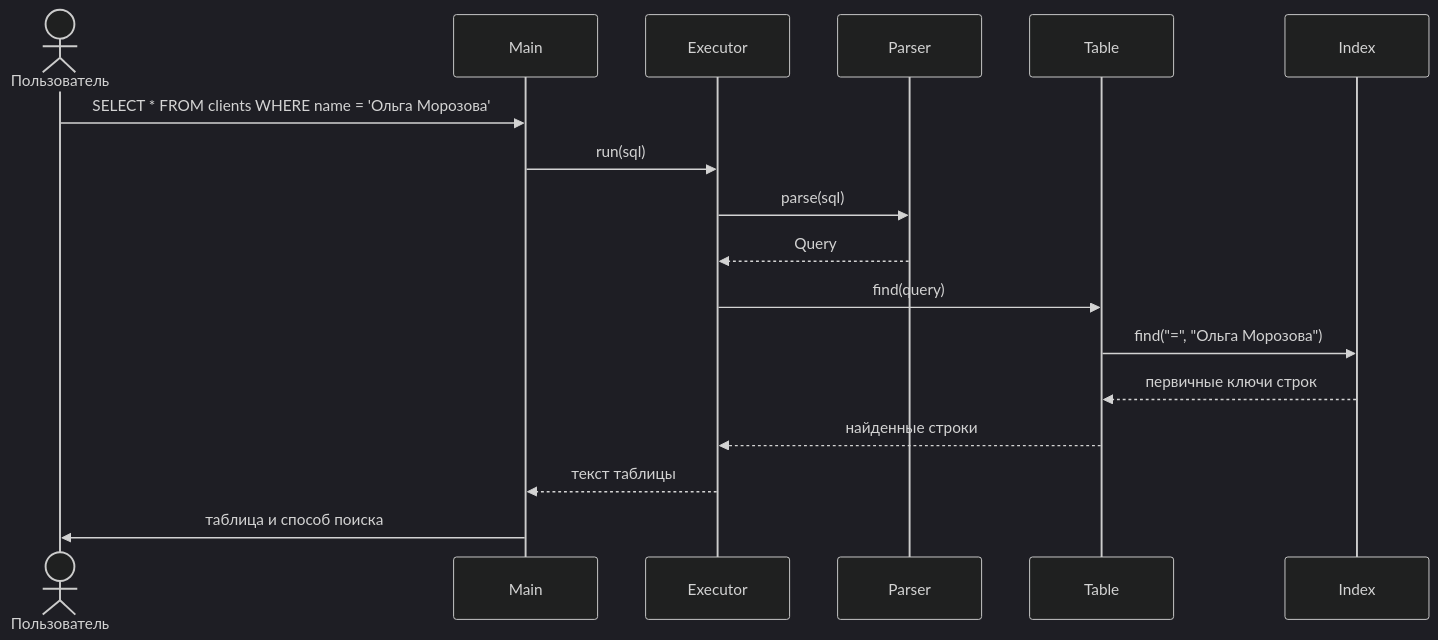
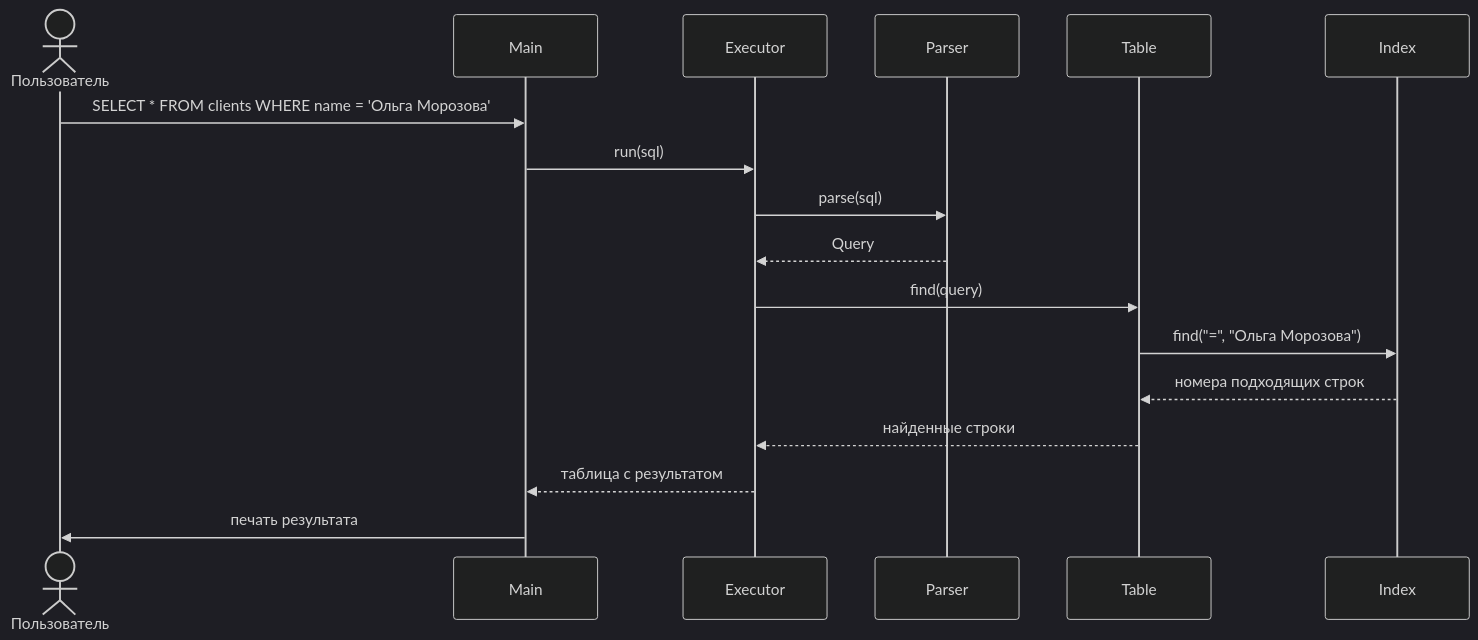
Before and after one commit to sergei0908/Java2: the third of 4 diagrams in readme.md, drawn with Mermaid (dark theme). The commit also changed other lines of this file and 9 other files, not shown here.

````diff
--- a/readme.md
+++ b/readme.md
@@ -294,20 +251,20 @@
 ```mermaid
 sequenceDiagram
     actor User as Пользователь
     participant M as Main
     participant E as Executor
     participant P as Parser
     participant T as Table
     participant I as Index
 
     User->>M: SELECT * FROM clients WHERE name = 'Ольга Морозова';
     M->>E: run(sql)
     E->>P: parse(sql)
     P-->>E: Query
     E->>T: find(query)
     T->>I: find("=", "Ольга Морозова")
-    I-->>T: первичные ключи строк
+    I-->>T: номера подходящих строк
     T-->>E: найденные строки
-    E-->>M: текст таблицы
-    M->>User: таблица и способ поиска
+    E-->>M: таблица с результатом
+    M->>User: печать результата
 ```
````
